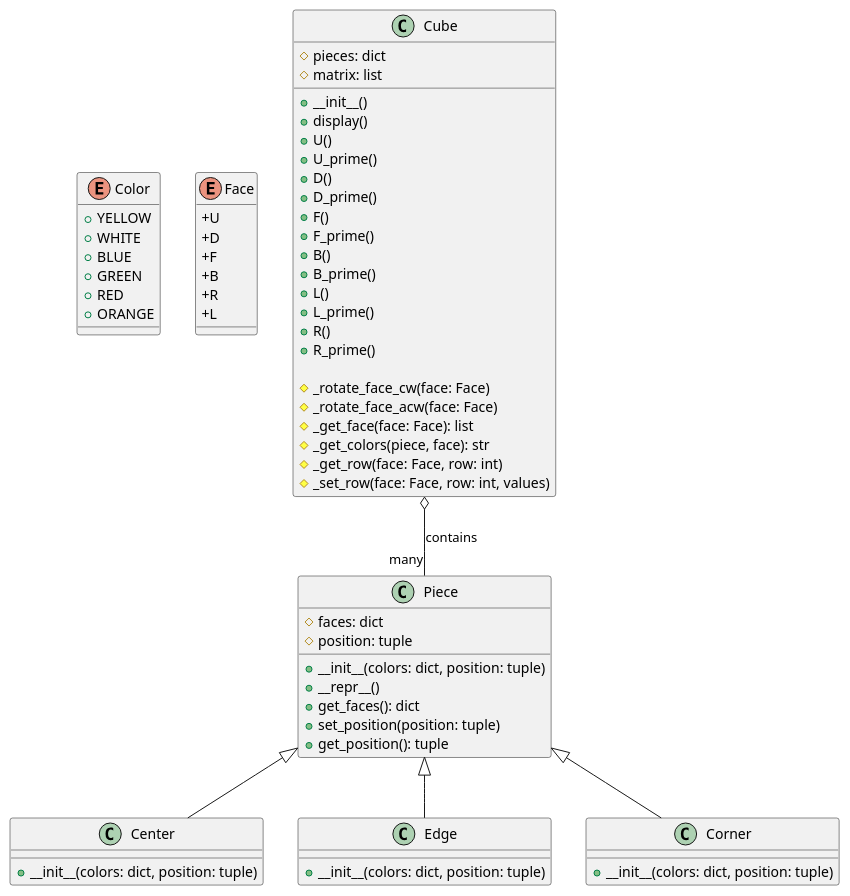
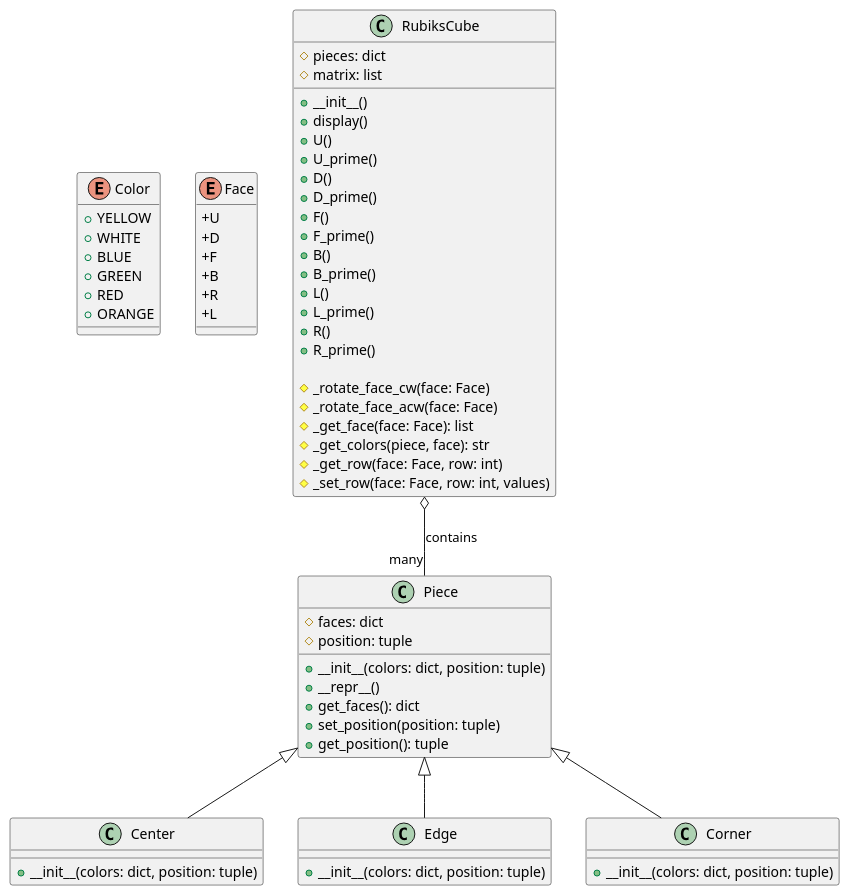
Before and after one commit to FuriousFire05/rubix-cube-solver: the diagram in uml/rubix_cube.puml, drawn with PlantUML.

Commit message:
Updated UML diagram

```diff
--- a/uml/rubix_cube.puml
+++ b/uml/rubix_cube.puml
@@ -3,84 +3,84 @@
 @startuml rubix_cube
 
 ' Define Color Enum
 enum Color {
   +YELLOW
   +WHITE
   +BLUE
   +GREEN
   +RED
   +ORANGE
 }
 
 ' Define Face Enum
 enum Face {
   +U
   +D
   +F
   +B
   +R
   +L
 }
 
 ' Define Piece Class
 class Piece {
   #faces: dict
   #position: tuple
 
   +__init__(colors: dict, position: tuple)
   +__repr__()
   +get_faces(): dict
   +set_position(position: tuple)
   +get_position(): tuple
 }
 
 ' Define Center Class (inherits from Piece)
 class Center {
   +__init__(colors: dict, position: tuple)
 }
 
 ' Define Edge Class (inherits from Piece)
 class Edge {
   +__init__(colors: dict, position: tuple)
 }
 
 ' Define Corner Class (inherits from Piece)
 class Corner {
   +__init__(colors: dict, position: tuple)
 }
 
 ' Define Cube Class
-class Cube {
+class RubiksCube {
   #pieces: dict
   #matrix: list
 
   +__init__()
   +display()
   +U()
   +U_prime()
   +D()
   +D_prime()
   +F()
   +F_prime()
   +B()
   +B_prime()
   +L()
   +L_prime()
   +R()
   +R_prime()
 
   #_rotate_face_cw(face: Face)
   #_rotate_face_acw(face: Face)
   #_get_face(face: Face): list
   #_get_colors(piece, face): str
   #_get_row(face: Face, row: int)
   #_set_row(face: Face, row: int, values)
 }
 
 ' Define relationships between classes
 Piece <|-- Center
 Piece <|-- Edge
 Piece <|-- Corner
-Cube o-- "many" Piece : contains
+RubiksCube o-- "many" Piece : contains
 
 @enduml
```
